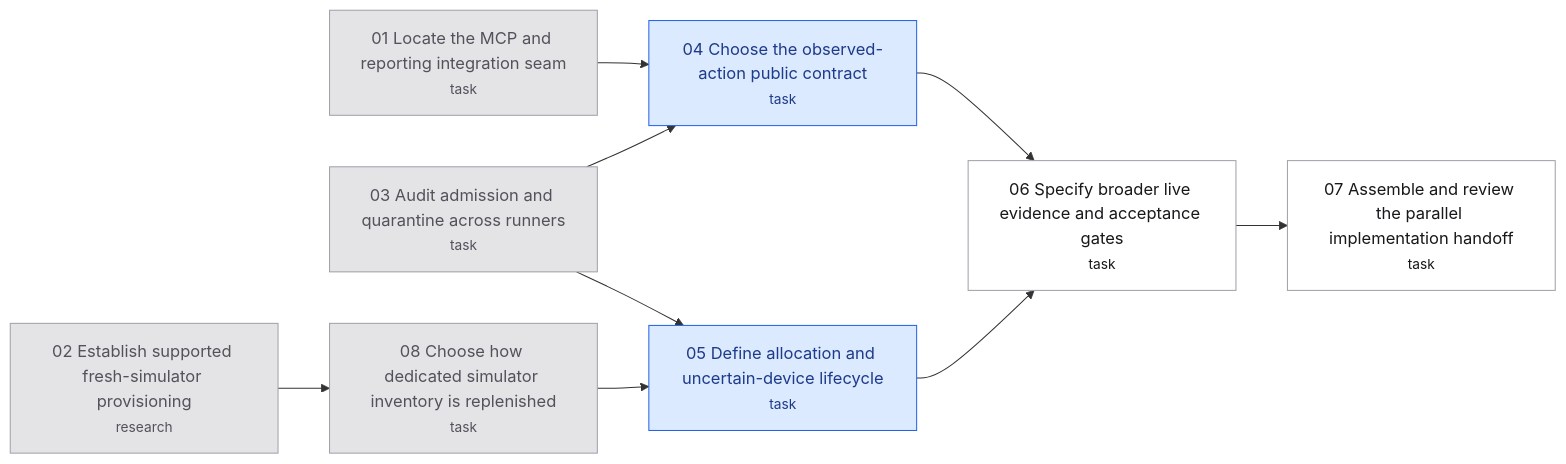
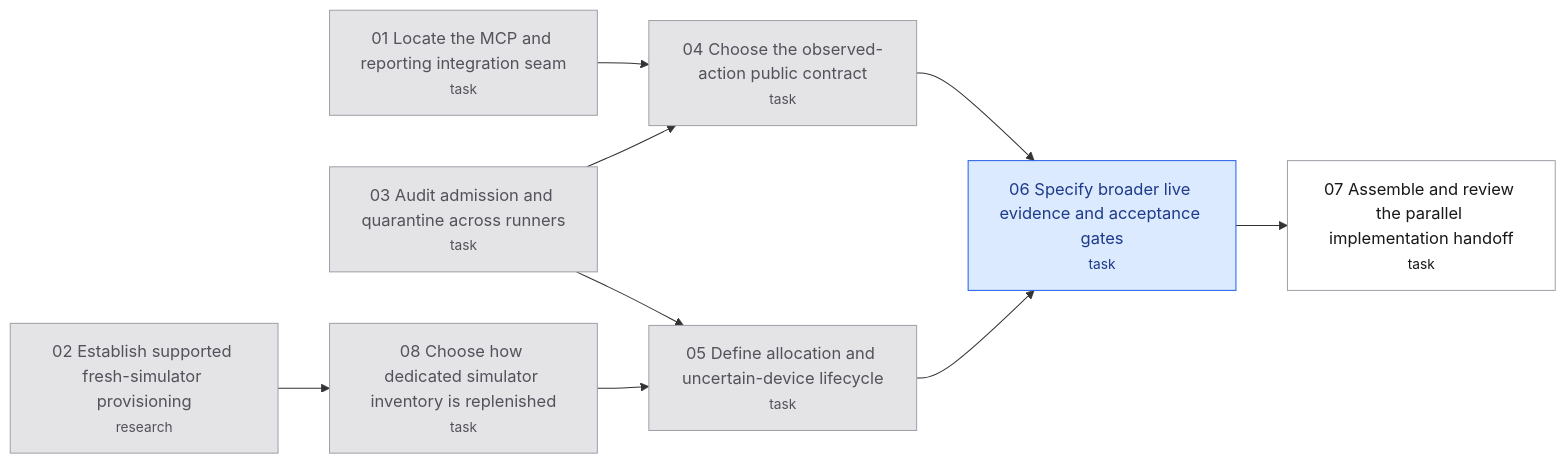
Before and after one commit to hugues-vnsgn/jev-ios-bridge: the diagram in .scratch/observed-integration/map.md, drawn with Mermaid. The commit also changed other lines of this file and 6 other files, not shown here.

````diff
--- a/.scratch/observed-integration/map.md
+++ b/.scratch/observed-integration/map.md
@@ -38,26 +41,26 @@
 ```mermaid
 flowchart LR
     T01["01 Locate the MCP and reporting integration seam<br/><small>task</small>"]
     T02["02 Establish supported fresh-simulator provisioning<br/><small>research</small>"]
     T03["03 Audit admission and quarantine across runners<br/><small>task</small>"]
     T04["04 Choose the observed-action public contract<br/><small>task</small>"]
     T05["05 Define allocation and uncertain-device lifecycle<br/><small>task</small>"]
     T06["06 Specify broader live evidence and acceptance gates<br/><small>task</small>"]
     T07["07 Assemble and review the parallel implementation handoff<br/><small>task</small>"]
     T08["08 Choose how dedicated simulator inventory is replenished<br/><small>task</small>"]
     T01 --> T04
     T03 --> T04
     T03 --> T05
     T08 --> T05
     T04 --> T06
     T05 --> T06
     T06 --> T07
     T02 --> T08
     classDef resolved fill:#e4e4e7,stroke:#a1a1aa,color:#52525b
     classDef claimed fill:#dbeafe,stroke:#2563eb,color:#1e3a8a
     classDef frontier fill:#dcfce7,stroke:#16a34a,color:#14532d,stroke-width:2px
     classDef blocked fill:#ffffff,stroke:#a1a1aa,color:#18181b
-    class T01,T02,T03,T08 resolved
-    class T04,T05 claimed
-    class T06,T07 blocked
+    class T01,T02,T03,T04,T05,T08 resolved
+    class T06 claimed
+    class T07 blocked
 ```
````
